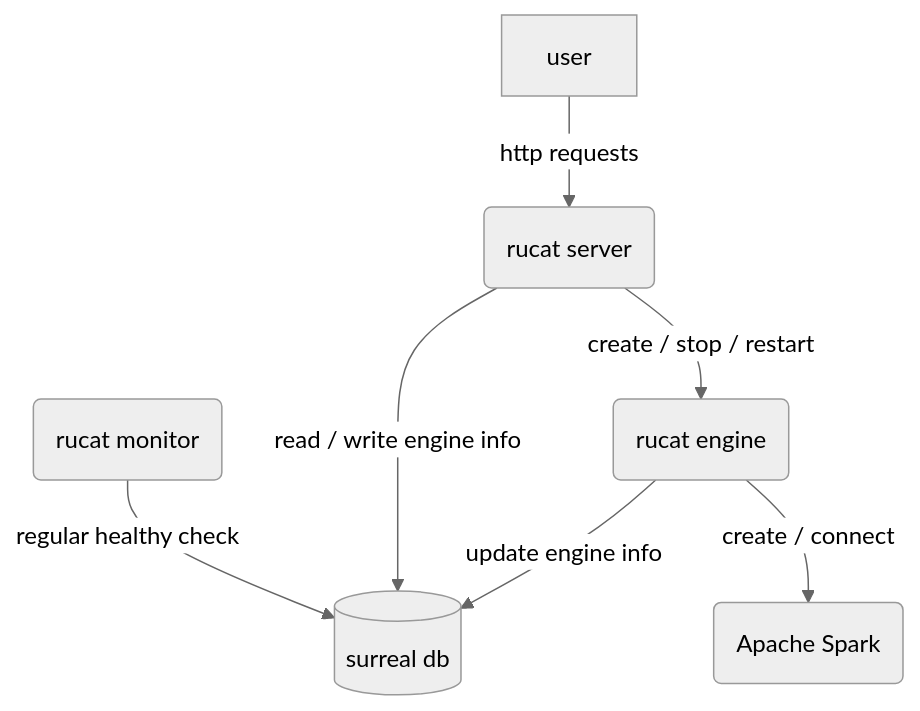
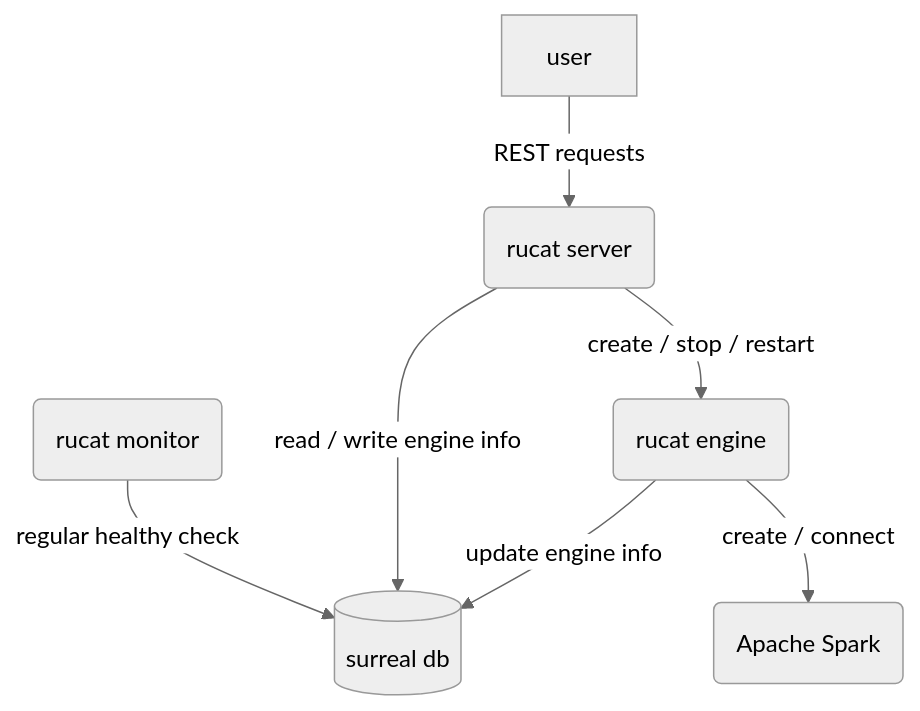
Before and after one commit to HaoYang670/rucat: the first of 2 diagrams in README.md, drawn with Mermaid (neutral theme). The commit also changed other lines of this file and 1 other file, not shown here.

````diff
--- a/README.md
+++ b/README.md
@@ -7,14 +7,14 @@
 ```mermaid
 flowchart
     server(rucat server)
     engine(rucat engine)
     spark(Apache Spark)
     monitor(rucat monitor)
     db[(surreal db)]
-    user -- http requests --> server
+    user -- REST requests --> server
     monitor -- regular healthy check --> db
     server -- read / write engine info --> db
     server -- create / stop / restart --> engine
     engine -- update engine info --> db
     engine -- create / connect --> spark
 ```
````
